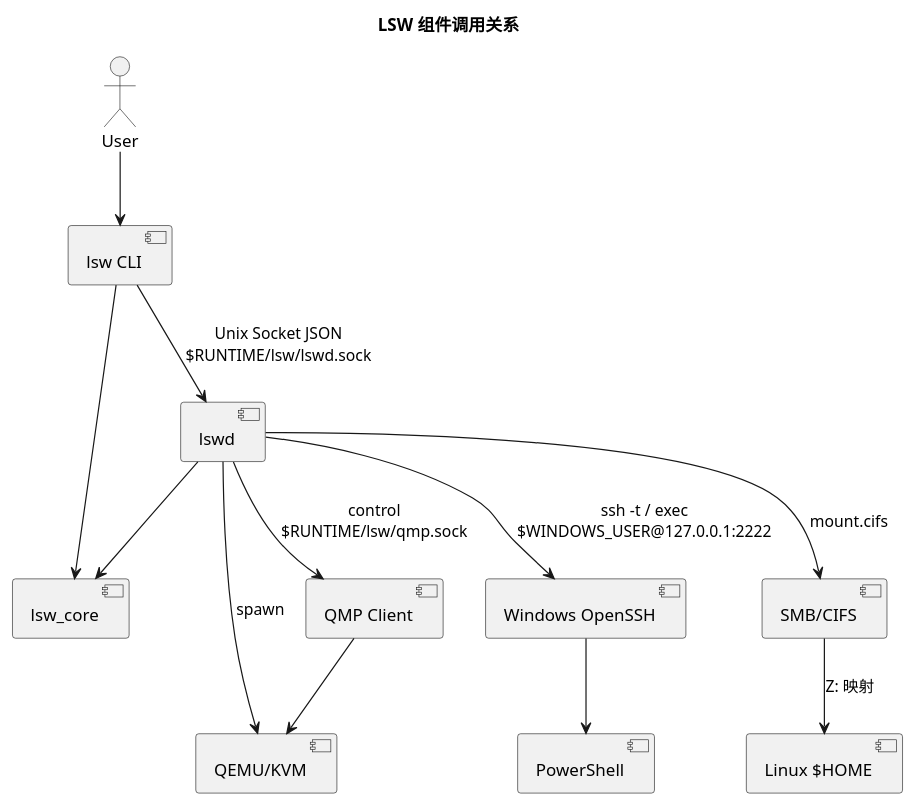
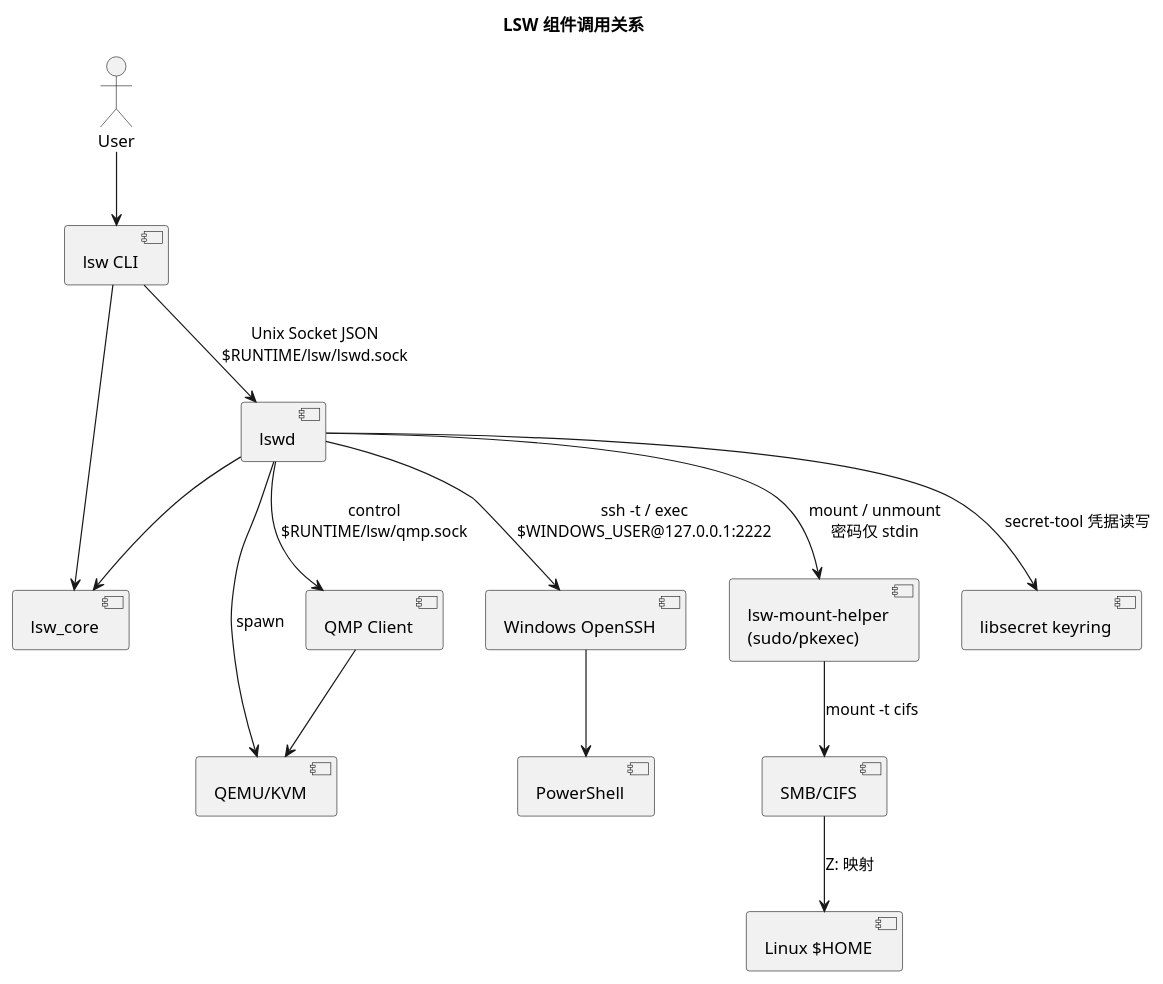
The diagram in docs/diagrams/component.puml (yunzheyue-star/lsw), drawn with PlantUML before and after one commit. The commit also changed 53 other files, not shown here.

```diff
--- a/docs/diagrams/component.puml
+++ b/docs/diagrams/component.puml
@@ -1,25 +1,29 @@
 @startuml
 title LSW 组件调用关系
 actor User
 component "lsw CLI" as CLI
 component "lsw_core" as Core
 component "lswd" as Daemon
 component "QEMU/KVM" as QEMU
 component "QMP Client" as QMP
 component "Windows OpenSSH" as WinSSH
 component "PowerShell" as PS
 component "SMB/CIFS" as SMB
+component "lsw-mount-helper\n(sudo/pkexec)" as Helper
+component "libsecret keyring" as Keyring
 component "Linux $HOME" as Home
 
 User --> CLI
 CLI --> Core
 CLI --> Daemon : Unix Socket JSON\n$RUNTIME/lsw/lswd.sock
 Daemon --> Core
 Daemon --> QEMU : spawn
 Daemon --> QMP : control\n$RUNTIME/lsw/qmp.sock
 QMP --> QEMU
 Daemon --> WinSSH : ssh -t / exec\n$WINDOWS_USER@127.0.0.1:2222
 WinSSH --> PS
-Daemon --> SMB : mount.cifs
+Daemon --> Keyring : secret-tool 凭据读写
+Daemon --> Helper : mount / unmount\n密码仅 stdin
+Helper --> SMB : mount -t cifs
 SMB --> Home : Z: 映射
 @enduml
```
